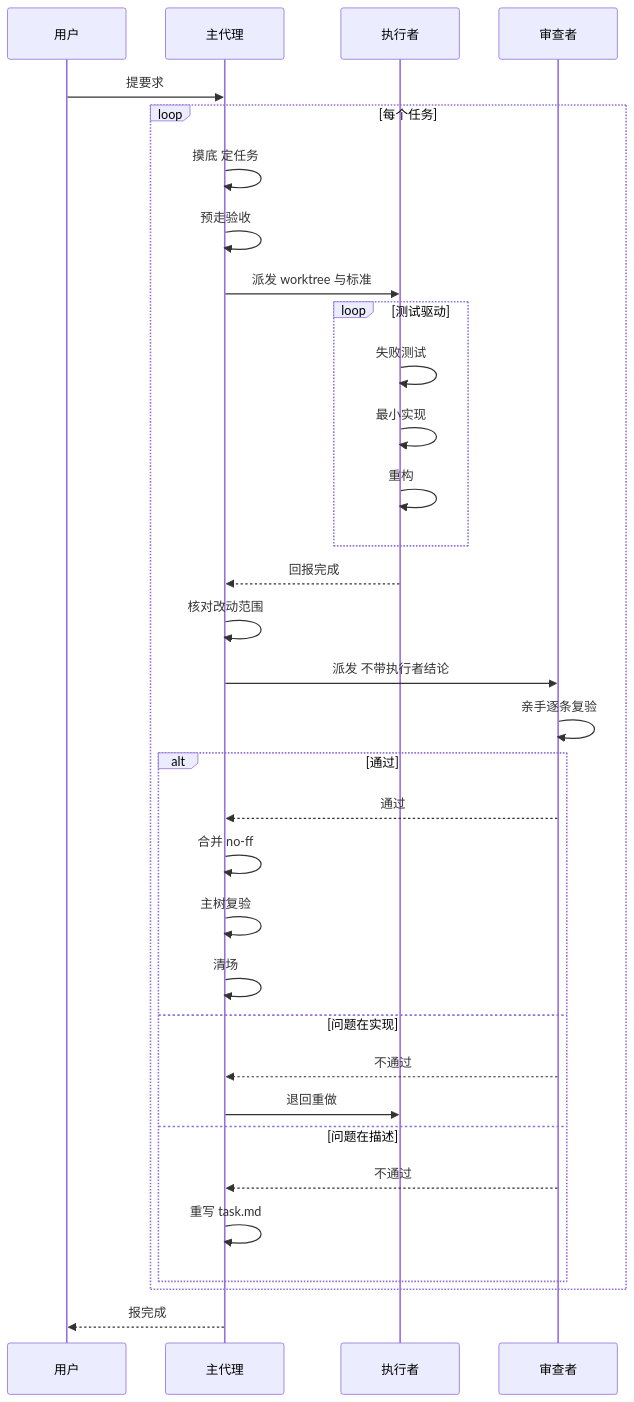
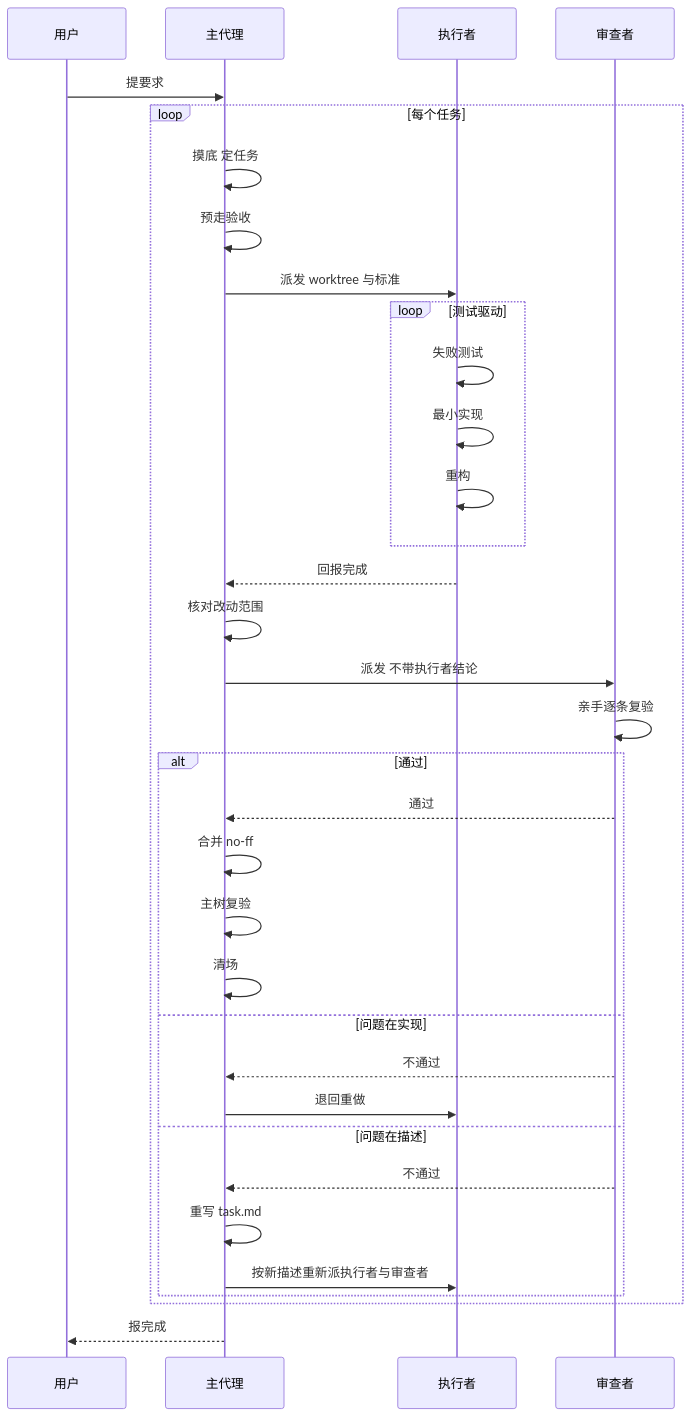
One commit to alexcdever/pipeline changed the diagram in SKILL.md. Above: the diagram before and after it, drawn with Mermaid. The commit also changed 1 other file, not shown here.

Commit message:
第34轮：Mermaid 问题在描述分支补重新派执行者与审查者回路；MIGRATION 双平台说明改为仅步骤3；删除 docs/tasks 重复告诫

````diff
--- a/SKILL.md
+++ b/SKILL.md
@@ -159,35 +159,36 @@
 ```mermaid
 sequenceDiagram
   participant U as 用户
   participant M as 主代理
   participant E as 执行者
   participant R as 审查者
   U->>M: 提要求
   loop 每个任务
     M->>M: 摸底 定任务
     M->>M: 预走验收
     M->>E: 派发 worktree 与标准
     loop 测试驱动
       E->>E: 失败测试
       E->>E: 最小实现
       E->>E: 重构
     end
     E-->>M: 回报完成
     M->>M: 核对改动范围
     M->>R: 派发 不带执行者结论
     R->>R: 亲手逐条复验
     alt 通过
       R-->>M: 通过
       M->>M: 合并 no-ff
       M->>M: 主树复验
       M->>M: 清场
     else 问题在实现
       R-->>M: 不通过
       M->>E: 退回重做
     else 问题在描述
       R-->>M: 不通过
       M->>M: 重写 task.md
+      M->>E: 按新描述重新派执行者与审查者
     end
   end
   M-->>U: 报完成
 ```
````
